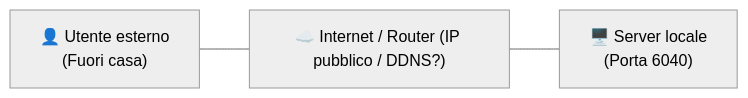
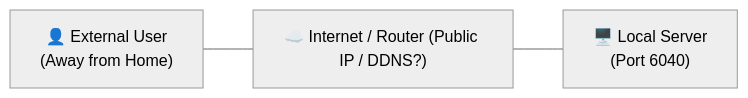
Before and after one commit to Librefolio/LibreFolio: the first of 3 diagrams in mkdocs_src/docs/admin/service_exposure.it.md, drawn with Mermaid (neutral theme). The commit also changed other lines of this file and 2 other files, not shown here.

````diff
--- a/mkdocs_src/docs/admin/service_exposure.it.md
+++ b/mkdocs_src/docs/admin/service_exposure.it.md
@@ -30,5 +34,5 @@
 ```mermaid
 graph LR
-    User["👤 Utente esterno<br>(Fuori casa)"] --- Cloud["☁️ Internet / Router (IP pubblico / DDNS?)"]
-    Cloud --- Server["🖥️ Server locale<br>(Porta 6040)"]
+    User["👤 External User<br>(Away from Home)"] --- Cloud["☁️ Internet / Router (Public IP / DDNS?)"]
+    Cloud --- Server["🖥️ Local Server<br>(Port 6040)"]
 ```
````
